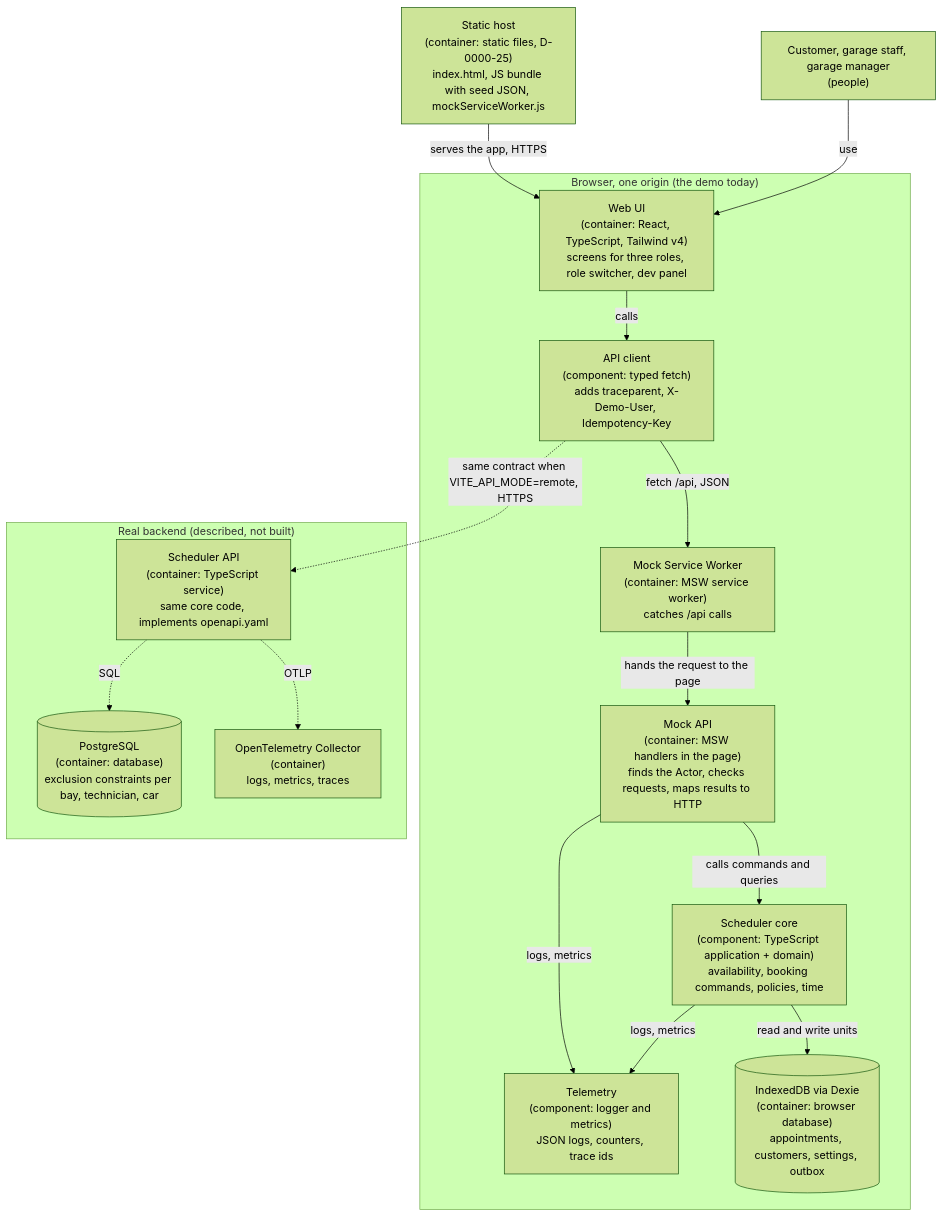
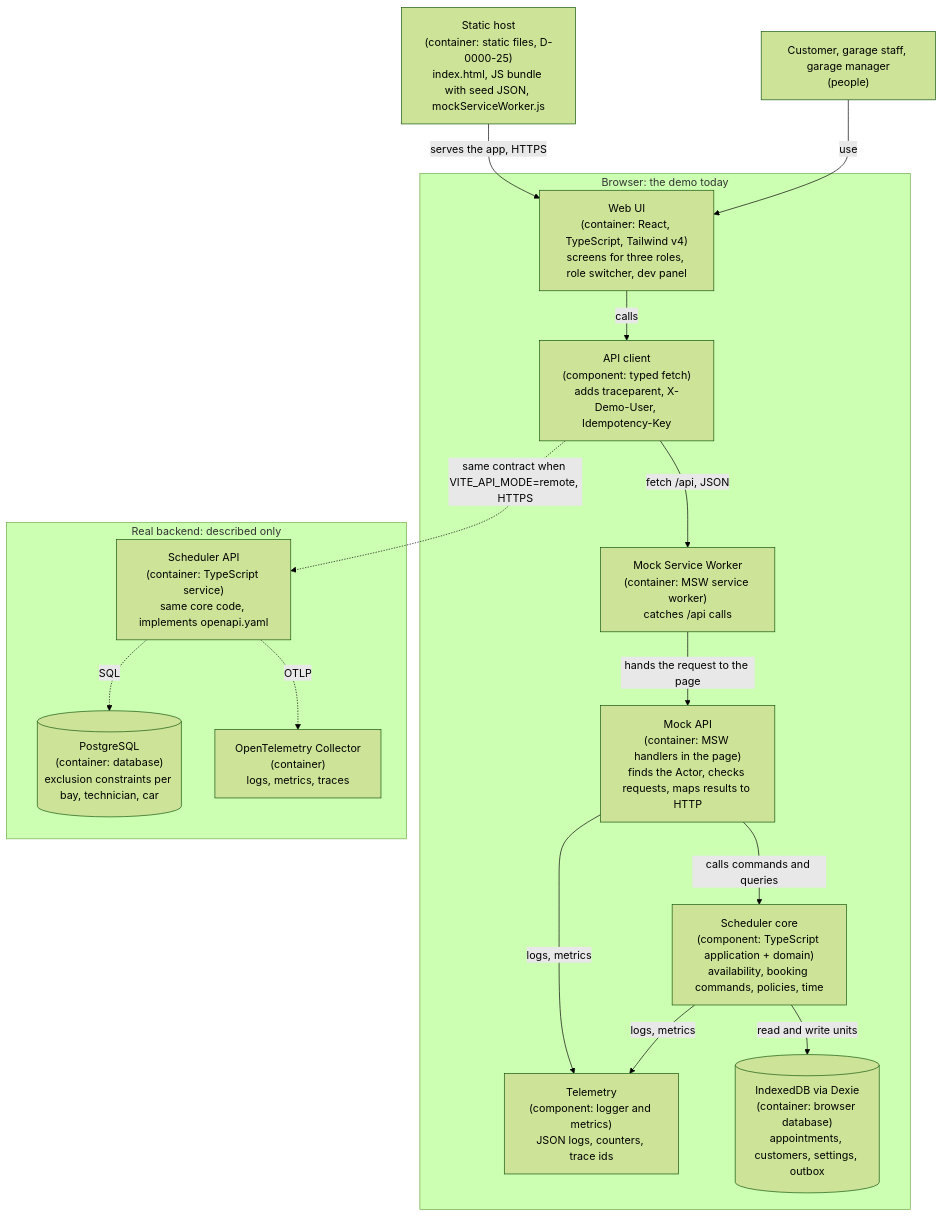
Before and after one commit to thienba/unified-service-scheduler: the second of 4 diagrams in docs/system-design.md, drawn with Mermaid (forest theme).

Commit message:
System Design Document: shorter diagram group titles

````diff
--- a/docs/system-design.md
+++ b/docs/system-design.md
@@ -119,31 +119,31 @@
 ```mermaid
 flowchart TB
   people["Customer, garage staff, garage manager<br/>(people)"]
   host["Static host<br/>(container: static files, D-0000-25)<br/>index.html, JS bundle with seed JSON, mockServiceWorker.js"]
-  subgraph browser["Browser, one origin (the demo today)"]
+  subgraph browser["Browser: the demo today"]
     ui["Web UI<br/>(container: React, TypeScript, Tailwind v4)<br/>screens for three roles, role switcher, dev panel"]
     client["API client<br/>(component: typed fetch)<br/>adds traceparent, X-Demo-User, Idempotency-Key"]
     sw["Mock Service Worker<br/>(container: MSW service worker)<br/>catches /api calls"]
     mock["Mock API<br/>(container: MSW handlers in the page)<br/>finds the Actor, checks requests, maps results to HTTP"]
     core["Scheduler core<br/>(component: TypeScript application + domain)<br/>availability, booking commands, policies, time"]
     tel["Telemetry<br/>(component: logger and metrics)<br/>JSON logs, counters, trace ids"]
     idb[("IndexedDB via Dexie<br/>(container: browser database)<br/>appointments, customers, settings, outbox")]
   end
-  subgraph later["Real backend (described, not built)"]
+  subgraph later["Real backend: described only"]
     api["Scheduler API<br/>(container: TypeScript service)<br/>same core code, implements openapi.yaml"]
     pg[("PostgreSQL<br/>(container: database)<br/>exclusion constraints per bay, technician, car")]
     otel["OpenTelemetry Collector<br/>(container)<br/>logs, metrics, traces"]
   end
   host -->|"serves the app, HTTPS"| ui
   people -->|"use"| ui
   ui -->|"calls"| client
   client -->|"fetch /api, JSON"| sw
   sw -->|"hands the request to the page"| mock
   mock -->|"calls commands and queries"| core
   core -->|"read and write units"| idb
   mock -->|"logs, metrics"| tel
   core -->|"logs, metrics"| tel
   client -.->|"same contract when VITE_API_MODE=remote, HTTPS"| api
   api -.->|"SQL"| pg
   api -.->|"OTLP"| otel
 ```
````
